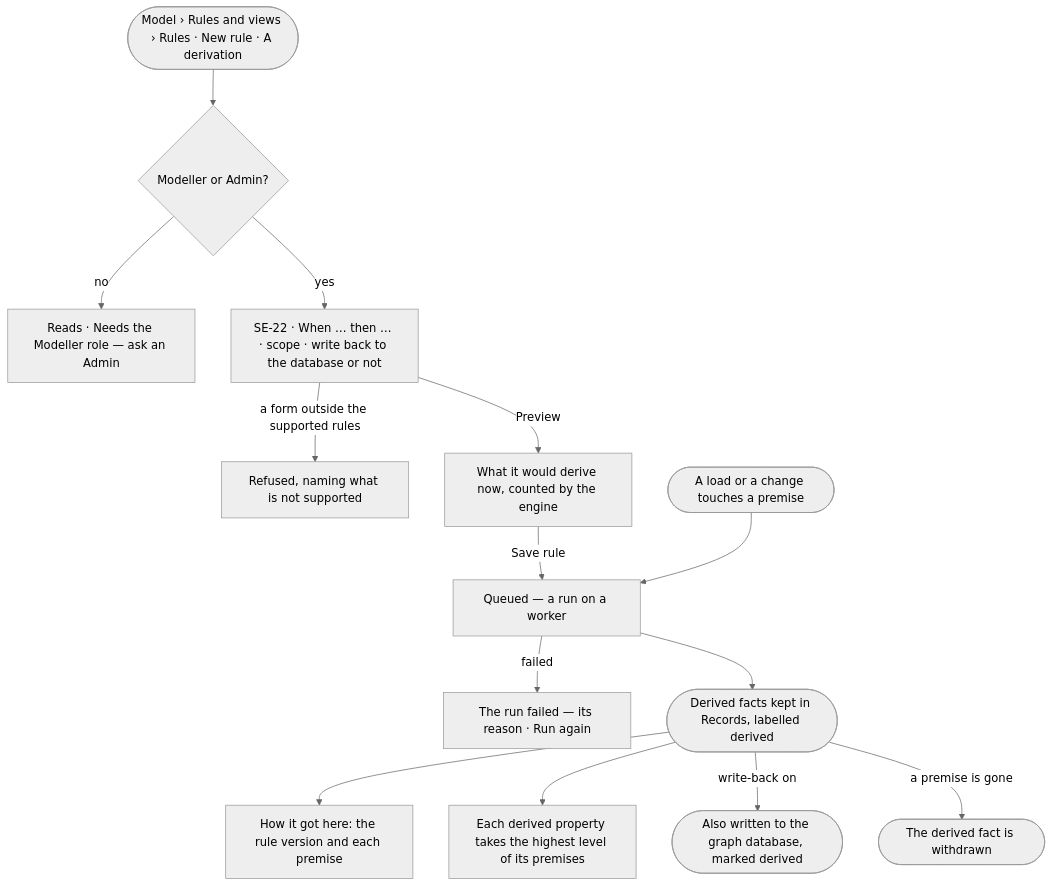
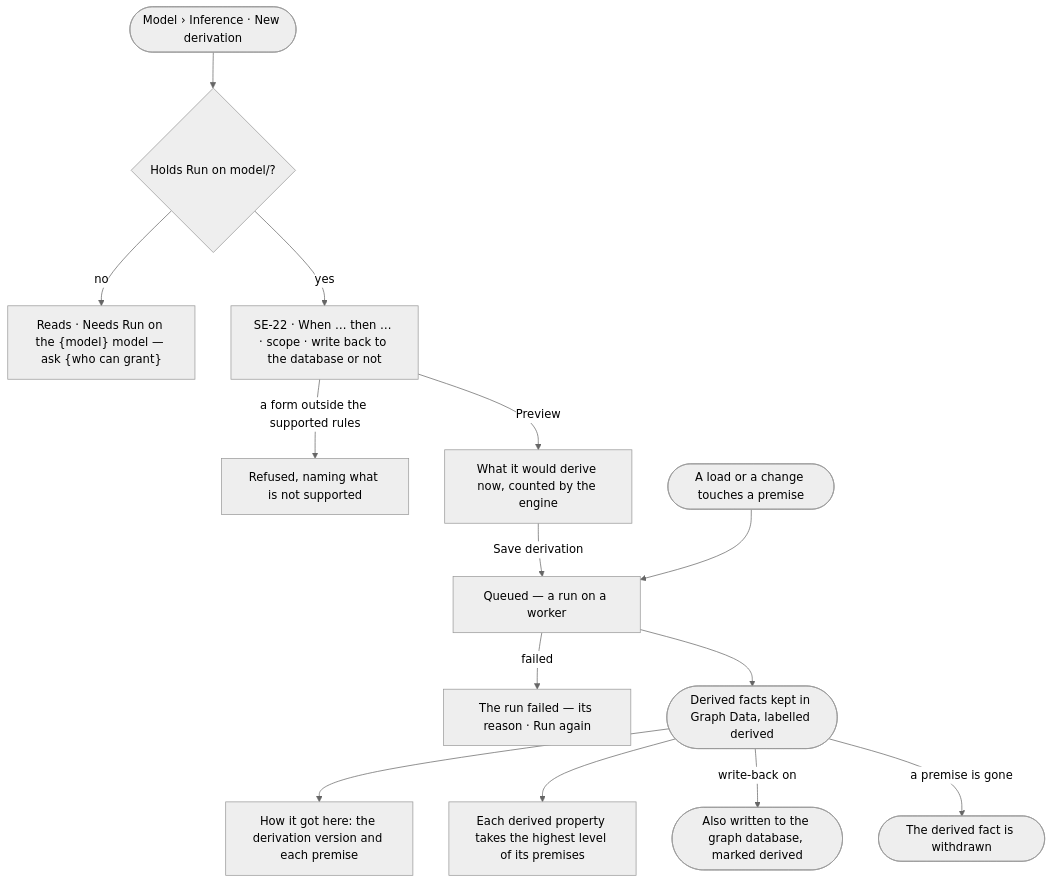
One commit to invana/invana changed the first of 2 diagrams in specs/capabilities/semantics/features/SE-F08-inference/feature.md. Above: the diagram before and after it, drawn with Mermaid (neutral theme). The commit also changed other lines of this file and 456 other files, not shown here.

````diff
--- a/specs/capabilities/semantics/features/SE-F08-inference/feature.md
+++ b/specs/capabilities/semantics/features/SE-F08-inference/feature.md
@@ -22,16 +22,16 @@
 ```mermaid
 flowchart TD
-  start([Model › Rules and views › Rules · New rule · A derivation]) --> may{Modeller or Admin?}
-  may -->|no| na["Reads · Needs the Modeller role — ask an Admin"]
+  start([Model › Inference · New derivation]) --> may{"Holds Run on model/<model>?"}
+  may -->|no| na["Reads · Needs Run on the {model} model — ask {who can grant}"]
   may -->|yes| d["SE-22 · When … then … · scope · write back to the database or not"]
   d -->|a form outside the supported rules| bad["Refused, naming what is not supported"]
   d -->|Preview| pv["What it would derive now, counted by the engine"]
-  pv -->|Save rule| q["Queued — a run on a worker"]
+  pv -->|Save derivation| q["Queued — a run on a worker"]
   q -->|failed| ff["The run failed — its reason · Run again"]
-  q --> r(["Derived facts kept in Records, labelled derived"])
-  r --> h["How it got here: the rule version and each premise"]
+  q --> r(["Derived facts kept in Graph Data, labelled derived"])
+  r --> h["How it got here: the derivation version and each premise"]
   r --> lv["Each derived property takes the highest level of its premises"]
   r -->|write-back on| wb(["Also written to the graph database, marked derived"])
   ch([A load or a change touches a premise]) --> q
   r -->|a premise is gone| rm(["The derived fact is withdrawn"])
 ```
````
